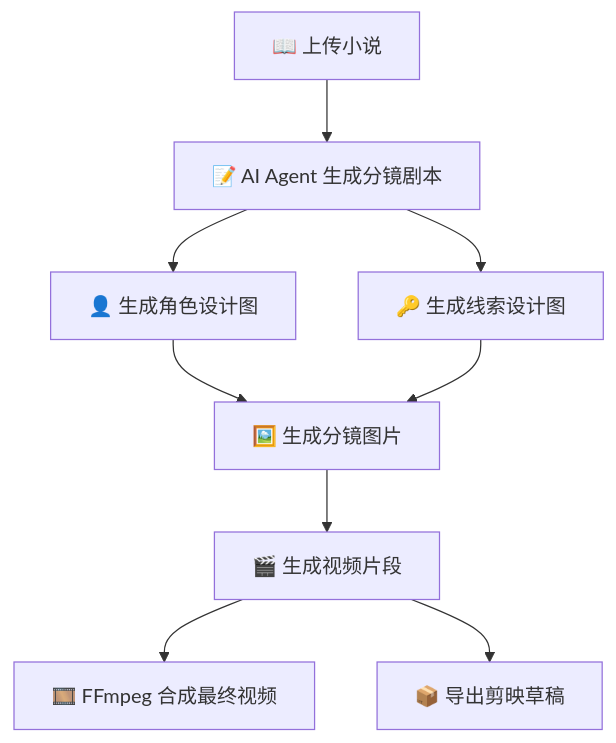
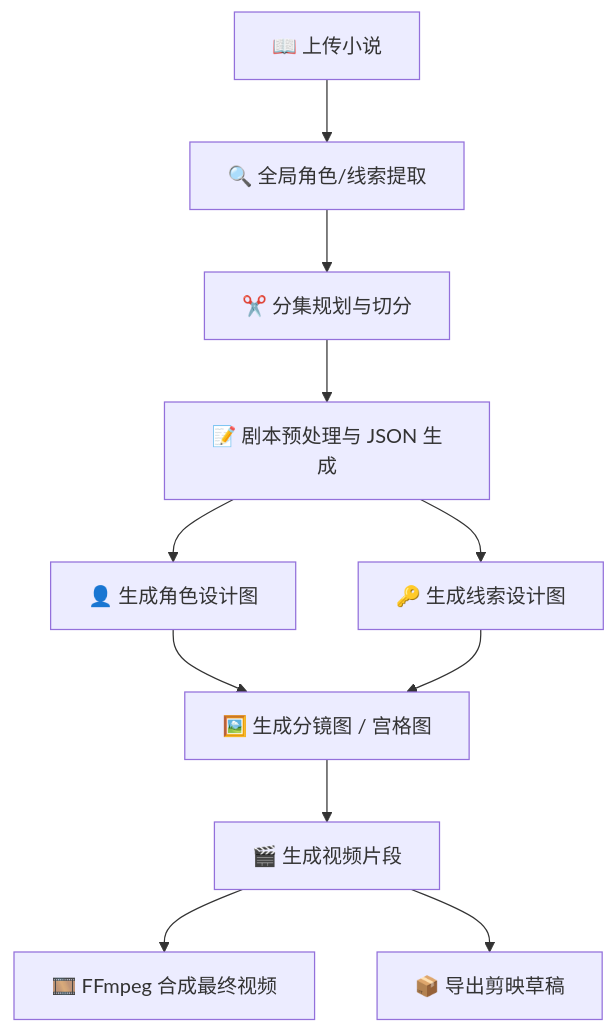
The first of 3 diagrams in README.md (huiyang0325/C301), drawn with Mermaid before and after one commit. The commit also changed other lines of this file and 3 other files, not shown here.

First line of the commit message:
docs: 更新 README 流程图、补充新功能，同步 CLAUDE.md/AGENTS.md 架构文档 (#257)

````diff
--- a/README.md
+++ b/README.md
@@ -74,11 +74,13 @@
 ```mermaid
 graph TD
-    A["📖 上传小说"] --> B["📝 AI Agent 生成分镜剧本"]
-    B --> C["👤 生成角色设计图"]
-    B --> D["🔑 生成线索设计图"]
-    C --> E["🖼️ 生成分镜图片"]
-    D --> E
-    E --> F["🎬 生成视频片段"]
-    F --> G["🎞️ FFmpeg 合成最终视频"]
-    F --> H["📦 导出剪映草稿"]
+    A["📖 上传小说"] --> B["🔍 全局角色/线索提取"]
+    B --> C["✂️ 分集规划与切分"]
+    C --> D["📝 剧本预处理与 JSON 生成"]
+    D --> E["👤 生成角色设计图"]
+    D --> F["🔑 生成线索设计图"]
+    E --> G["🖼️ 生成分镜图 / 宫格图"]
+    F --> G
+    G --> H["🎬 生成视频片段"]
+    H --> I["🎞️ FFmpeg 合成最终视频"]
+    H --> J["📦 导出剪映草稿"]
 ```
````
